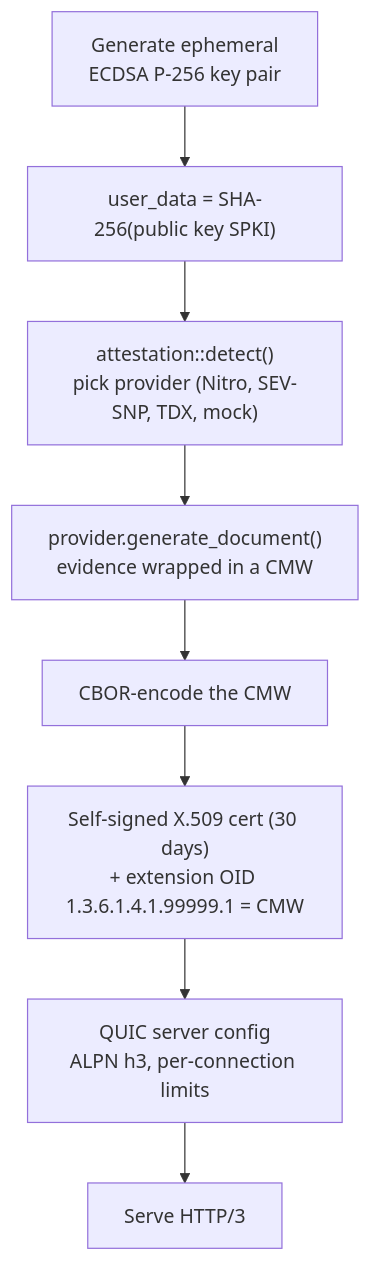
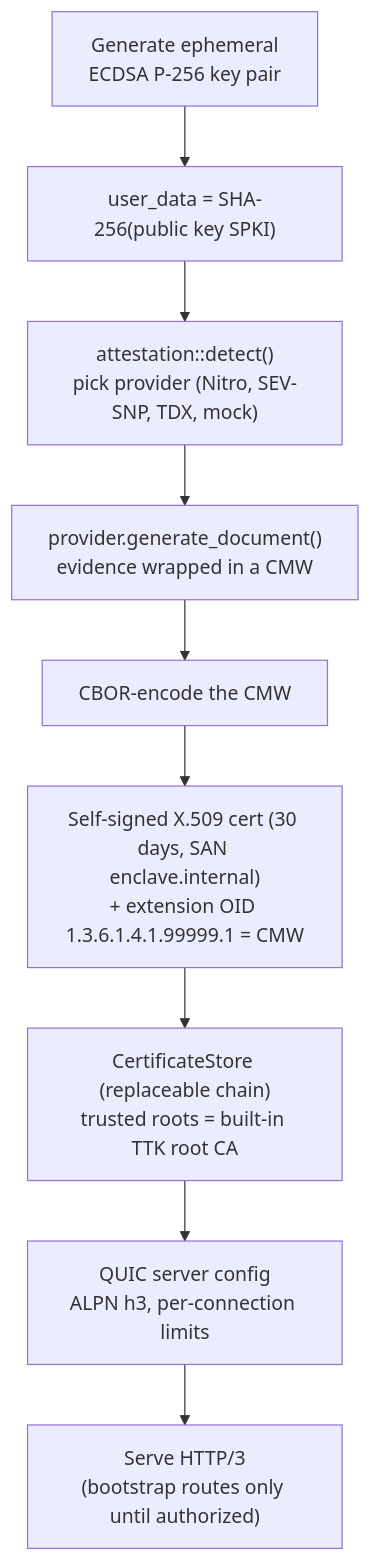
One commit to Lanetus/TTKServer changed the third of 11 diagrams in docs/src/ARCHITECTURE.md. Above: the diagram before and after it, drawn with Mermaid. The commit also changed other lines of this file and 14 other files, not shown here.

First line of the commit message:
feat: update the mdBook architecture docs to the current workspace (#94)

````diff
--- a/docs/src/ARCHITECTURE.md
+++ b/docs/src/ARCHITECTURE.md
@@ -165,10 +184,11 @@
 ```mermaid
 flowchart TD
     A["Generate ephemeral<br/>ECDSA P-256 key pair"] --> B["user_data = SHA-256(public key SPKI)"]
     B --> C["attestation::detect()<br/>pick provider (Nitro, SEV-SNP, TDX, mock)"]
     C --> D["provider.generate_document()<br/>evidence wrapped in a CMW"]
     D --> E["CBOR-encode the CMW"]
-    E --> F["Self-signed X.509 cert (30 days)<br/>+ extension OID 1.3.6.1.4.1.99999.1 = CMW"]
-    F --> G["QUIC server config<br/>ALPN h3, per-connection limits"]
-    G --> H["Serve HTTP/3"]
+    E --> F["Self-signed X.509 cert (30 days, SAN enclave.internal)<br/>+ extension OID 1.3.6.1.4.1.99999.1 = CMW"]
+    F --> G["CertificateStore (replaceable chain)<br/>trusted roots = built-in TTK root CA"]
+    G --> H["QUIC server config<br/>ALPN h3, per-connection limits"]
+    H --> I["Serve HTTP/3<br/>(bootstrap routes only until authorized)"]
 ```
````
